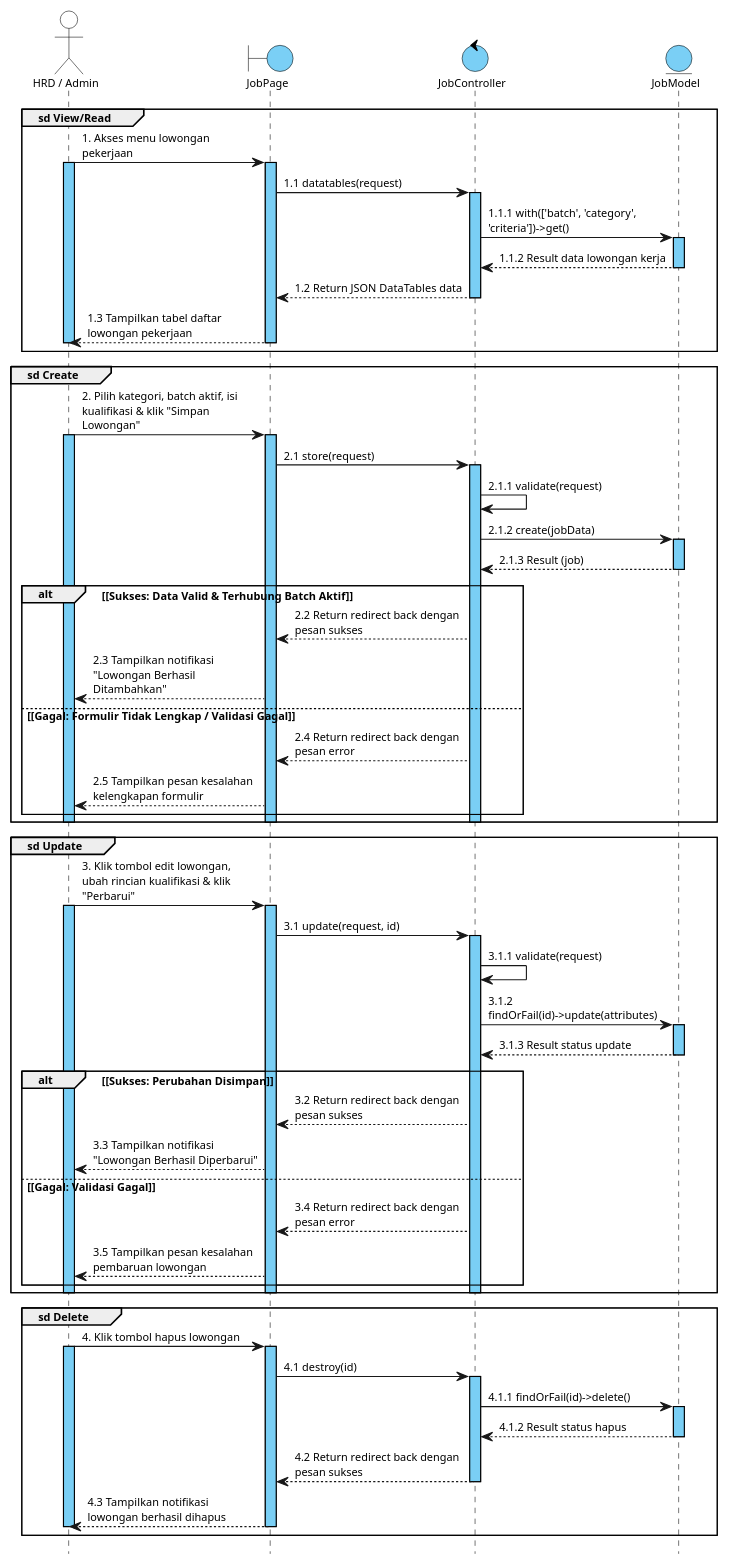
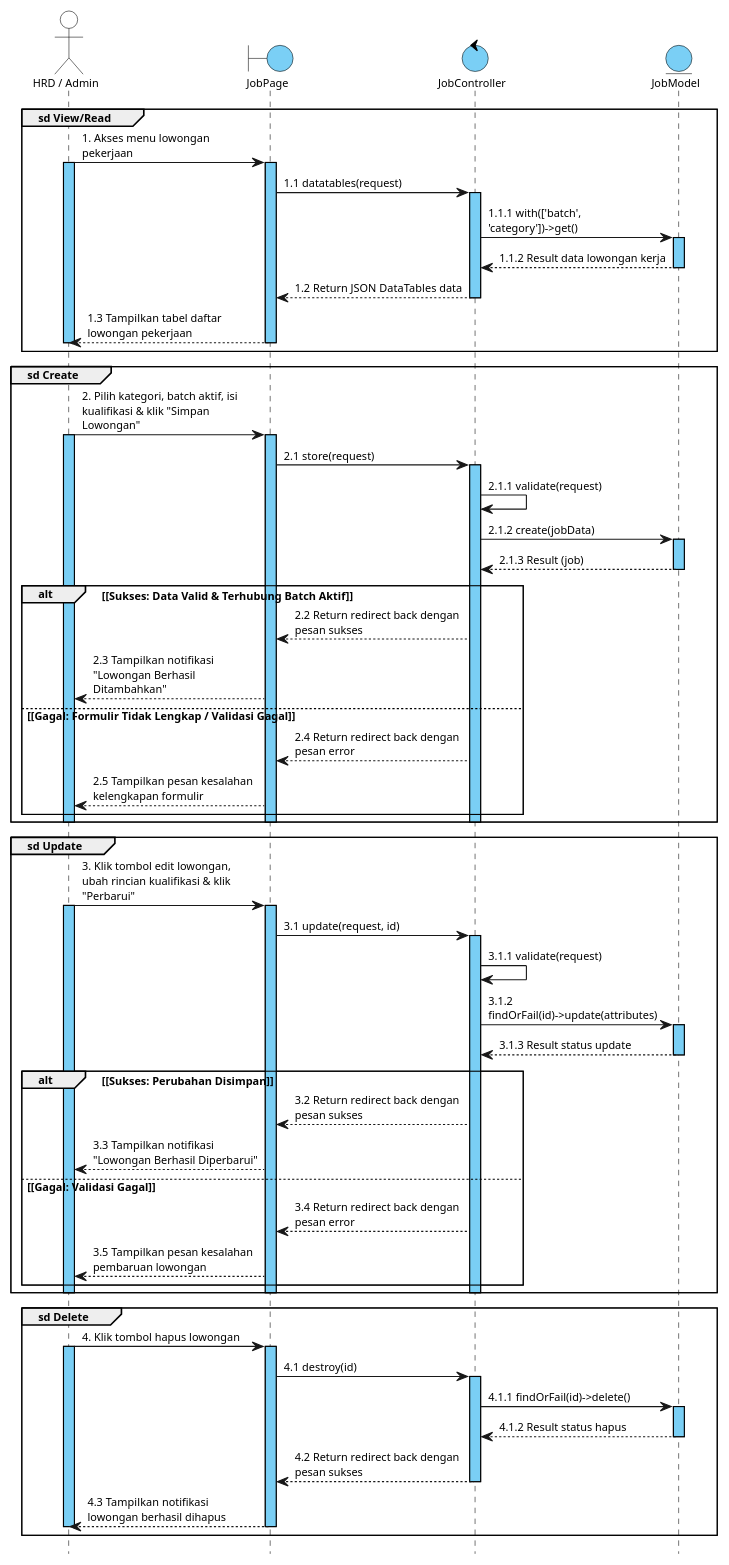
One commit to Madtive-Studio/klinik_keluarga_career changed the diagram in public/assets/diagrams/VP/Sequence/UC-10_Kelola_Lowongan_Sequence.puml. Above: the diagram before and after it, drawn with PlantUML. The commit also changed 20 other files, not shown here.

```diff
--- a/public/assets/diagrams/VP/Sequence/UC-10_Kelola_Lowongan_Sequence.puml
+++ b/public/assets/diagrams/VP/Sequence/UC-10_Kelola_Lowongan_Sequence.puml
@@ -1,142 +1,142 @@
 @startuml UC-10_Kelola_Lowongan_Sequence
 skinparam defaultFontName Arial
 skinparam defaultFontSize 10
 skinparam shadowing false
 skinparam sequenceArrowThickness 1
 skinparam sequenceParticipantBorderThickness 1
 skinparam sequenceLifeLineBorderColor #000000
 skinparam sequenceLifeLineBorderThickness 1
 skinparam sequenceLifeLineBackgroundColor #7ACFF5
 skinparam sequenceGroupBorderThickness 1
 skinparam sequenceGroupFontSize 10
 skinparam sequenceGroupHeaderFontColor #000000
 skinparam sequenceGroupFontColor #000000
 skinparam sequenceMessageAlign left
 skinparam responseMessageBelowArrow true
 skinparam maxMessageSize 160
 skinparam pageMargin 10
 hide footbox
 
 skinparam participant {
   BackgroundColor #7ACFF5
   BorderColor #000000
   FontSize 10
 }
 
 skinparam actor {
   BackgroundColor #FFFFFF
   BorderColor #000000
   FontSize 10
 }
 
 skinparam boundary {
   BackgroundColor #7ACFF5
   BorderColor #000000
   FontSize 10
 }
 
 skinparam control {
   BackgroundColor #7ACFF5
   BorderColor #000000
   FontSize 10
 }
 
 skinparam entity {
   BackgroundColor #7ACFF5
   BorderColor #000000
   FontSize 10
 }
 
 ' Deklarasi Lifeline
 actor "HRD / Admin" as HRD
 boundary "JobPage" as Page
 control "JobController" as Controller
 entity "JobModel" as Model
 
 ' Group sd View/Read: Akses Data Lowongan
 group sd View/Read
   HRD -> Page : 1. Akses menu lowongan pekerjaan
   activate HRD
   activate Page
   Page -> Controller : 1.1 datatables(request)
   activate Controller
-  Controller -> Model : 1.1.1 with(['batch', 'category', 'criteria'])->get()
+  Controller -> Model : 1.1.1 with(['batch', 'category'])->get()
   activate Model
   Model --> Controller : 1.1.2 Result data lowongan kerja
   deactivate Model
   Controller --> Page : 1.2 Return JSON DataTables data
   deactivate Controller
   Page --> HRD : 1.3 Tampilkan tabel daftar lowongan pekerjaan
   deactivate Page
   deactivate HRD
 end
 
 ' Group sd Create: Buat Posisi Lowongan Baru
 group sd Create
   HRD -> Page : 2. Pilih kategori, batch aktif, isi kualifikasi & klik "Simpan Lowongan"
   activate HRD
   activate Page
   Page -> Controller : 2.1 store(request)
   activate Controller
   Controller -> Controller : 2.1.1 validate(request)
   Controller -> Model : 2.1.2 create(jobData)
   activate Model
   Model --> Controller : 2.1.3 Result (job)
   deactivate Model
 
   alt <font color=black>[Sukses: Data Valid & Terhubung Batch Aktif]</font>
     Controller --> Page : 2.2 Return redirect back dengan pesan sukses
     Page --> HRD : 2.3 Tampilkan notifikasi "Lowongan Berhasil Ditambahkan"
   else <font color=black>[Gagal: Formulir Tidak Lengkap / Validasi Gagal]</font>
     Controller --> Page : 2.4 Return redirect back dengan pesan error
     Page --> HRD : 2.5 Tampilkan pesan kesalahan kelengkapan formulir
   end
   deactivate Controller
   deactivate Page
   deactivate HRD
 end
 
 ' Group sd Update: Ubah Data Lowongan
 group sd Update
   HRD -> Page : 3. Klik tombol edit lowongan, ubah rincian kualifikasi & klik "Perbarui"
   activate HRD
   activate Page
   Page -> Controller : 3.1 update(request, id)
   activate Controller
   Controller -> Controller : 3.1.1 validate(request)
   Controller -> Model : 3.1.2 findOrFail(id)->update(attributes)
   activate Model
   Model --> Controller : 3.1.3 Result status update
   deactivate Model
 
   alt <font color=black>[Sukses: Perubahan Disimpan]</font>
     Controller --> Page : 3.2 Return redirect back dengan pesan sukses
     Page --> HRD : 3.3 Tampilkan notifikasi "Lowongan Berhasil Diperbarui"
   else <font color=black>[Gagal: Validasi Gagal]</font>
     Controller --> Page : 3.4 Return redirect back dengan pesan error
     Page --> HRD : 3.5 Tampilkan pesan kesalahan pembaruan lowongan
   end
   deactivate Controller
   deactivate Page
   deactivate HRD
 end
 
 ' Group sd Delete: Hapus Lowongan
 group sd Delete
   HRD -> Page : 4. Klik tombol hapus lowongan
   activate HRD
   activate Page
   Page -> Controller : 4.1 destroy(id)
   activate Controller
   Controller -> Model : 4.1.1 findOrFail(id)->delete()
   activate Model
   Model --> Controller : 4.1.2 Result status hapus
   deactivate Model
   Controller --> Page : 4.2 Return redirect back dengan pesan sukses
   deactivate Controller
   Page --> HRD : 4.3 Tampilkan notifikasi lowongan berhasil dihapus
   deactivate Page
   deactivate HRD
 end
 
 @enduml
```
